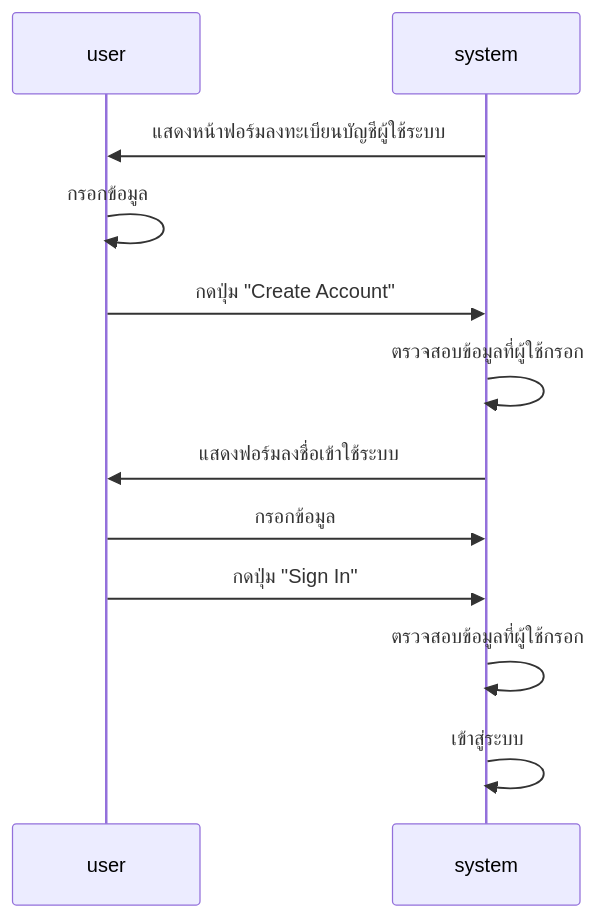
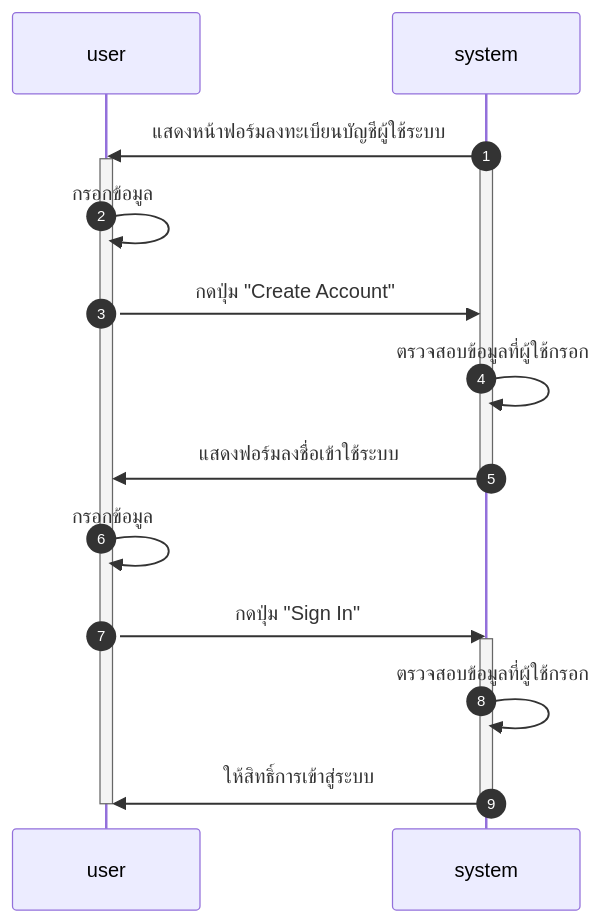
The diagram in design/diagrams/aqkids-sequences-uc-1.mmd (SaluteKevin/AQkid), drawn with Mermaid before and after one commit. The commit also changed 5 other files, not shown here.

Commit message:
Update UC 1-3 sequences

```diff
--- a/design/diagrams/aqkids-sequences-uc-1.mmd
+++ b/design/diagrams/aqkids-sequences-uc-1.mmd
@@ -1,12 +1,19 @@
 sequenceDiagram
+autonumber
     participant user
     participant system
     system->>user: แสดงหน้าฟอร์มลงทะเบียนบัญชีผู้ใช้ระบบ
+    activate system
+    activate user
     user->>user: กรอกข้อมูล
     user->>system: กดปุ่ม "Create Account"
     system->>system: ตรวจสอบข้อมูลที่ผู้ใช้กรอก
     system->>user: แสดงฟอร์มลงชื่อเข้าใช้ระบบ
-    user->>system: กรอกข้อมูล
+    deactivate system
+    user->>user: กรอกข้อมูล
     user->>system: กดปุ่ม "Sign In"
+    activate system
     system->>system: ตรวจสอบข้อมูลที่ผู้ใช้กรอก
-    system->>system: เข้าสู่ระบบ
+    system->>user: ให้สิทธิ์การเข้าสู่ระบบ
+    deactivate system
+    deactivate user
```
